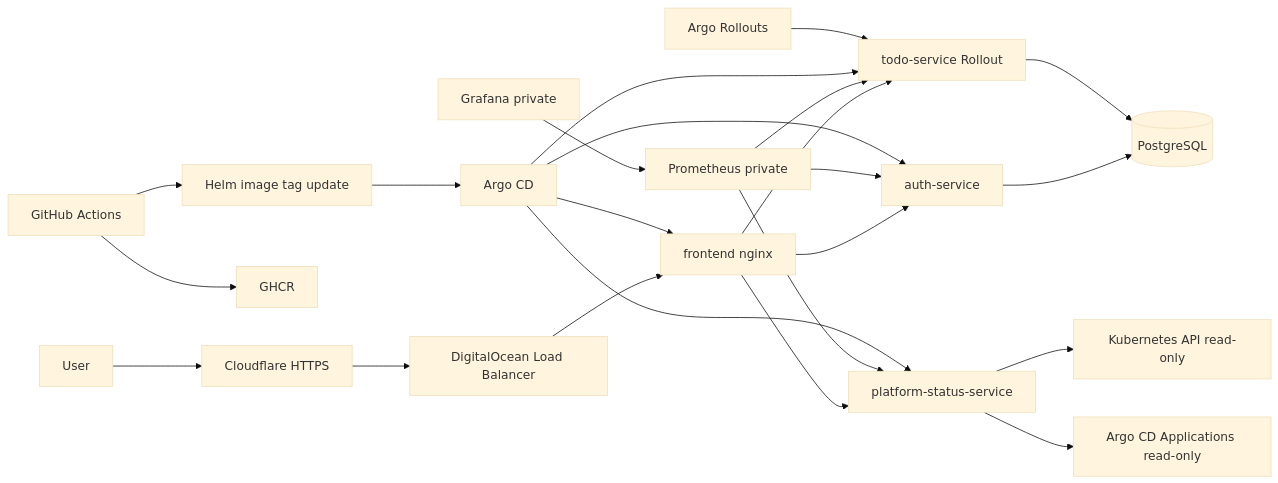
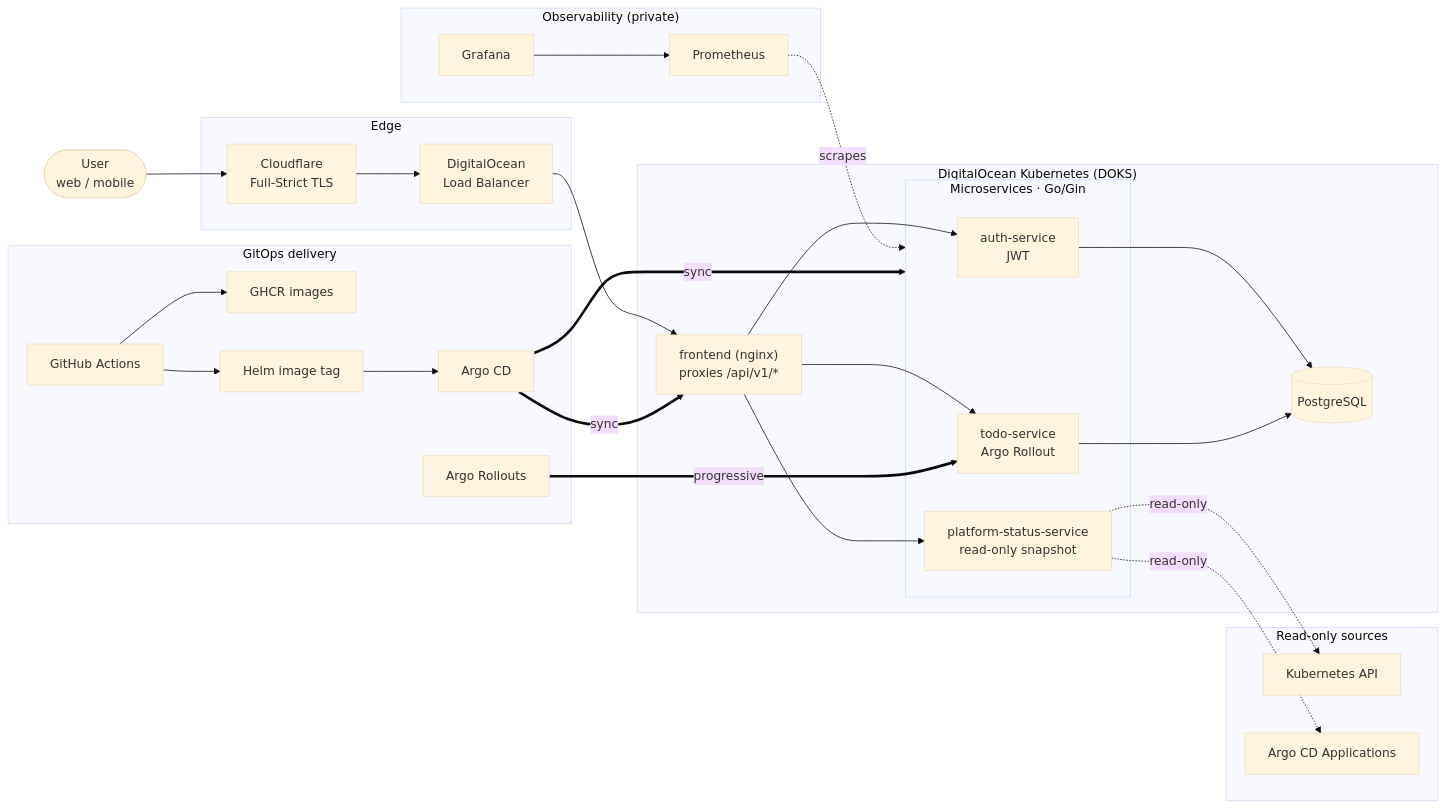
The diagram in README.md (SkyShineTH/Shipyard), drawn with Mermaid (base theme) before and after one commit. The commit also changed other lines of this file, not shown here.

Commit message:
docs: restructure architecture mermaid diagram for clarity
Group nodes into labeled subgraphs (Edge, DOKS, Read-only sources,
Observability, GitOps delivery) and separate the runtime request path from
the GitOps delivery path. Dotted arrows mark read-only/scrape traffic and
thick arrows mark GitOps sync, with a short legend sentence above the
diagram so the two flows are easy to follow.

````diff
--- a/README.md
+++ b/README.md
@@ -68,26 +73,56 @@
 ```mermaid
 flowchart LR
-  user[User] --> cf[Cloudflare HTTPS]
-  cf --> lb[DigitalOcean Load Balancer]
-  lb --> fe[frontend nginx]
-  fe --> auth[auth-service]
-  fe --> todo[todo-service Rollout]
-  fe --> platform[platform-status-service]
-  platform --> kube[Kubernetes API read-only]
-  platform --> apps[Argo CD Applications read-only]
-  prometheus[Prometheus private] --> auth
-  prometheus --> todo
-  prometheus --> platform
-  grafana[Grafana private] --> prometheus
-  auth --> db[(PostgreSQL)]
+  user(["User<br/>web / mobile"])
+
+  subgraph edge["Edge"]
+    cf["Cloudflare<br/>Full-Strict TLS"]
+    lb["DigitalOcean<br/>Load Balancer"]
+  end
+
+  subgraph doks["DigitalOcean Kubernetes (DOKS)"]
+    fe["frontend (nginx)<br/>proxies /api/v1/*"]
+    subgraph svc["Microservices · Go/Gin"]
+      auth["auth-service<br/>JWT"]
+      todo["todo-service<br/>Argo Rollout"]
+      platform["platform-status-service<br/>read-only snapshot"]
+    end
+    db[("PostgreSQL")]
+  end
+
+  subgraph sources["Read-only sources"]
+    kube["Kubernetes API"]
+    apps["Argo CD Applications"]
+  end
+
+  subgraph obs["Observability (private)"]
+    prometheus["Prometheus"]
+    grafana["Grafana"]
+  end
+
+  subgraph cd["GitOps delivery"]
+    ci["GitHub Actions"]
+    ghcr["GHCR images"]
+    values["Helm image tag"]
+    argo["Argo CD"]
+    rollouts["Argo Rollouts"]
+  end
+
+  %% Runtime request path
+  user --> cf --> lb --> fe
+  fe --> auth & todo & platform
+  auth --> db
   todo --> db
+  platform -. read-only .-> kube
+  platform -. read-only .-> apps
 
-  ci[GitHub Actions] --> ghcr[GHCR]
-  ci --> values[Helm image tag update]
-  values --> argo[Argo CD]
-  argo --> fe
-  argo --> auth
-  argo --> todo
-  argo --> platform
-  rollouts[Argo Rollouts] --> todo
+  %% Observability (private scrape)
+  prometheus -. scrapes .-> svc
+  grafana --> prometheus
+
+  %% GitOps delivery path
+  ci --> ghcr
+  ci --> values --> argo
+  argo ==>|sync| svc
+  argo ==>|sync| fe
+  rollouts ==>|progressive| todo
 ```
````
